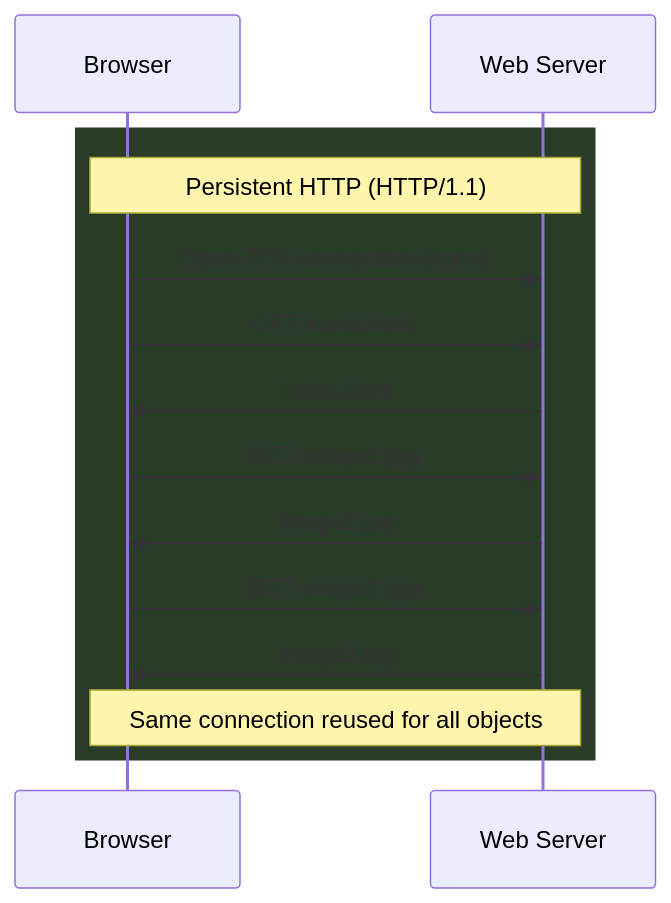
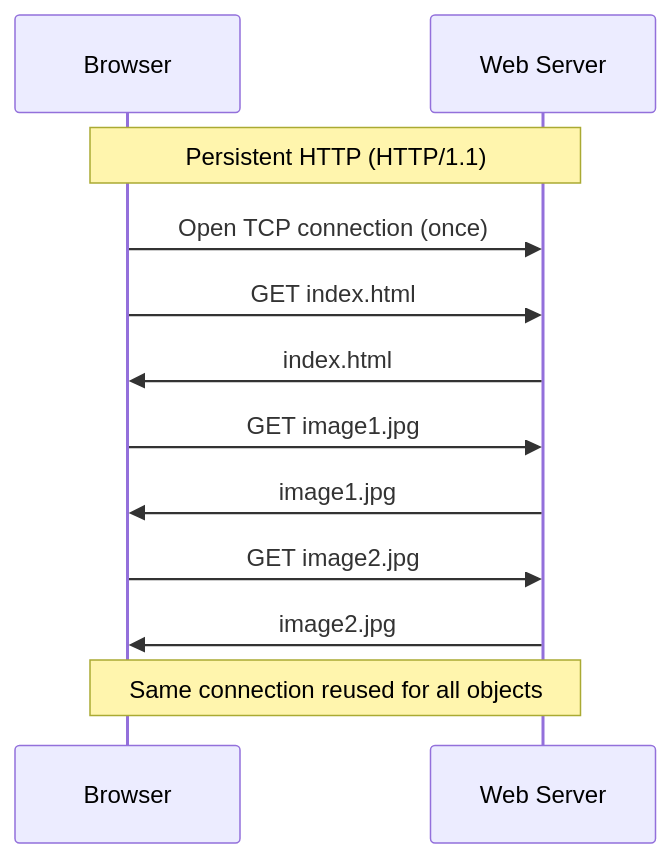
Before and after one commit to neerajaj96/Tarangam-app-v2: the second of 5 diagrams in content/PCCST501/m1_04_world_wide_web_and_http.md, drawn with Mermaid. The commit also changed other lines of this file and 3 other files, not shown here.

````diff
--- a/content/PCCST501/m1_04_world_wide_web_and_http.md
+++ b/content/PCCST501/m1_04_world_wide_web_and_http.md
@@ -102,16 +138,14 @@
 ```mermaid
 sequenceDiagram
     participant B as Browser
     participant W as Web Server
-    rect rgb(40,60,40)
     Note over B,W: Persistent HTTP (HTTP/1.1)
     B->>W: Open TCP connection (once)
     B->>W: GET index.html
     W->>B: index.html
     B->>W: GET image1.jpg
     W->>B: image1.jpg
     B->>W: GET image2.jpg
     W->>B: image2.jpg
     Note over B,W: Same connection reused for all objects
-    end
 ```
````
